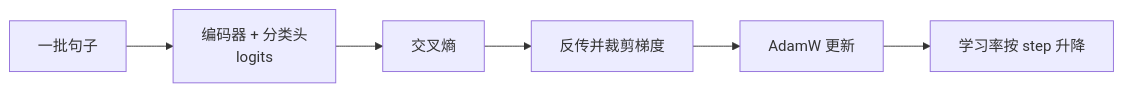
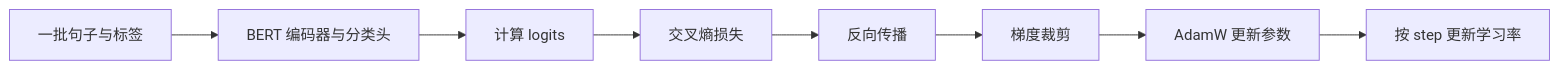
The third of 3 diagrams in 笔记/LLM训练/BERT微调.md (lalalala-agent/lalalala-agent.github.io), drawn with Mermaid before and after one commit. The commit also changed other lines of this file and 213 other files, not shown here.

````diff
--- a/笔记/LLM训练/BERT微调.md
+++ b/笔记/LLM训练/BERT微调.md
@@ -94,8 +225,10 @@
 ```mermaid
 flowchart LR
-    A["一批句子"] --> B["编码器 + 分类头<br/>logits"]
-    B --> C["交叉熵"]
-    C --> D["反传并裁剪梯度"]
-    D --> E["AdamW 更新"]
-    E --> F["学习率按 step 升降"]
+    A["一批句子与标签"] --> B["BERT 编码器与分类头"]
+    B --> C["计算 logits"]
+    C --> D["交叉熵损失"]
+    D --> E["反向传播"]
+    E --> F["梯度裁剪"]
+    F --> G["AdamW 更新参数"]
+    G --> H["按 step 更新学习率"]
 ```
````
